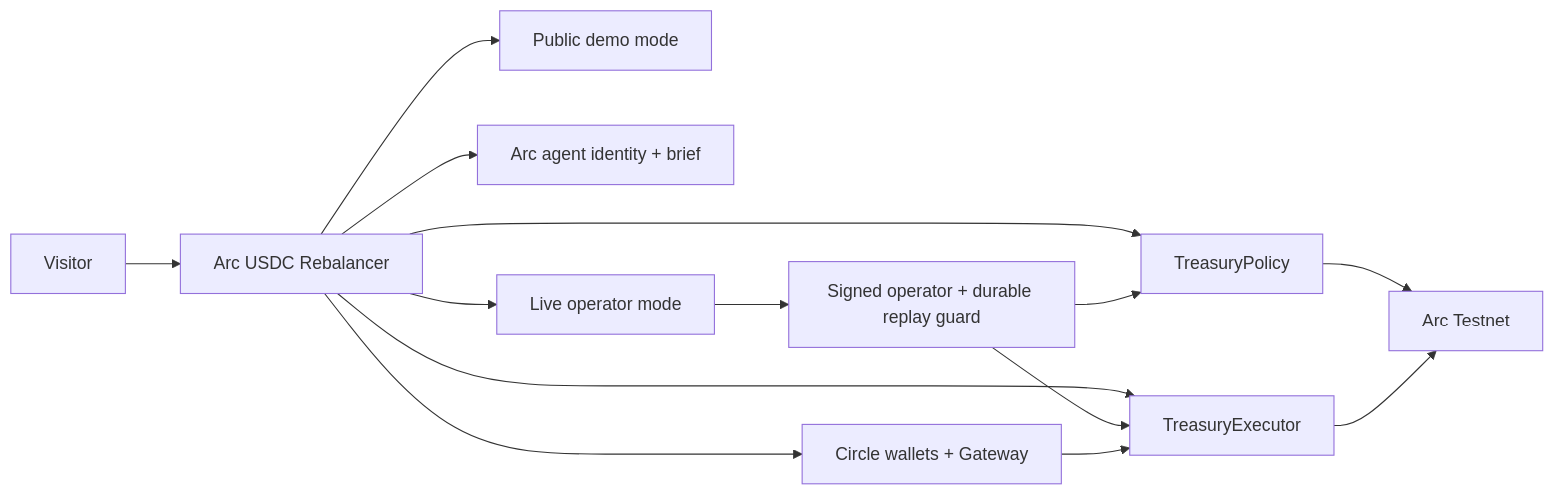
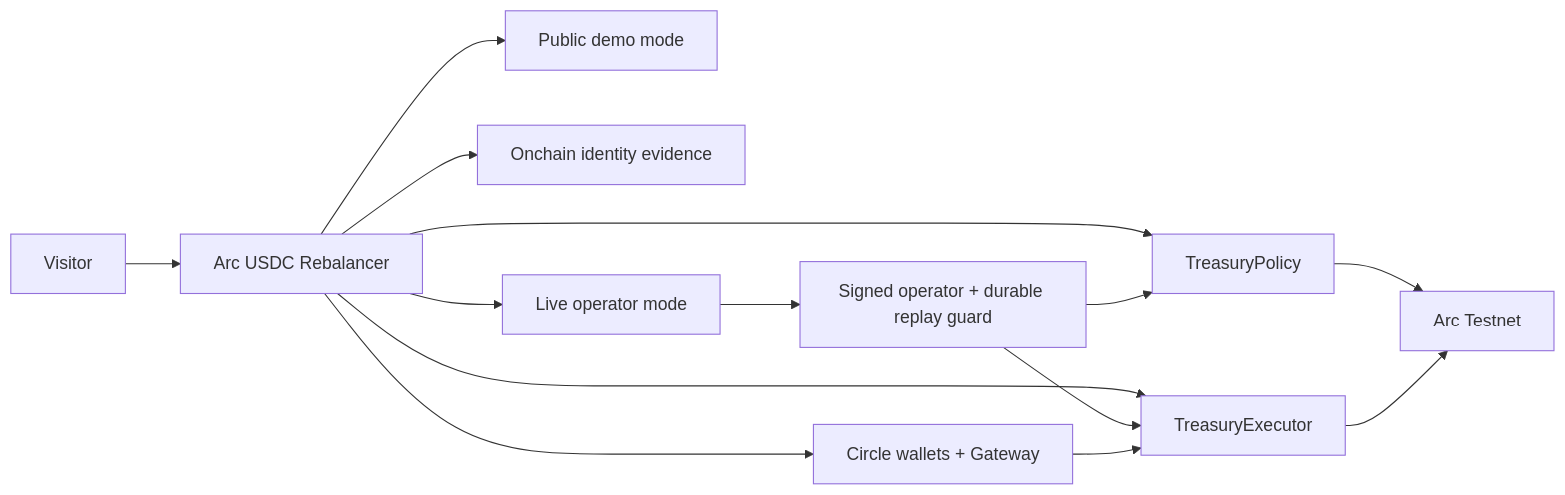
The diagram in README.md (sin199/arc-usdc-rebalancer), drawn with Mermaid before and after one commit. The commit also changed other lines of this file and 11 other files, not shown here.

````diff
--- a/README.md
+++ b/README.md
@@ -66,16 +66,16 @@
 ```mermaid
 flowchart LR
   Visitor["Visitor"] --> UI["Arc USDC Rebalancer"]
   UI --> Demo["Public demo mode"]
-  UI --> Agent["Arc agent identity + brief"]
+  UI --> Identity["Onchain identity evidence"]
   UI --> Policy["TreasuryPolicy"]
   UI --> Executor["TreasuryExecutor"]
   UI --> Circle["Circle wallets + Gateway"]
   UI --> Live["Live operator mode"]
   Live --> Guard["Signed operator + durable replay guard"]
   Guard --> Policy
   Guard --> Executor
   Circle --> Executor
   Policy --> Arc["Arc Testnet"]
   Executor --> Arc
 ```
````
